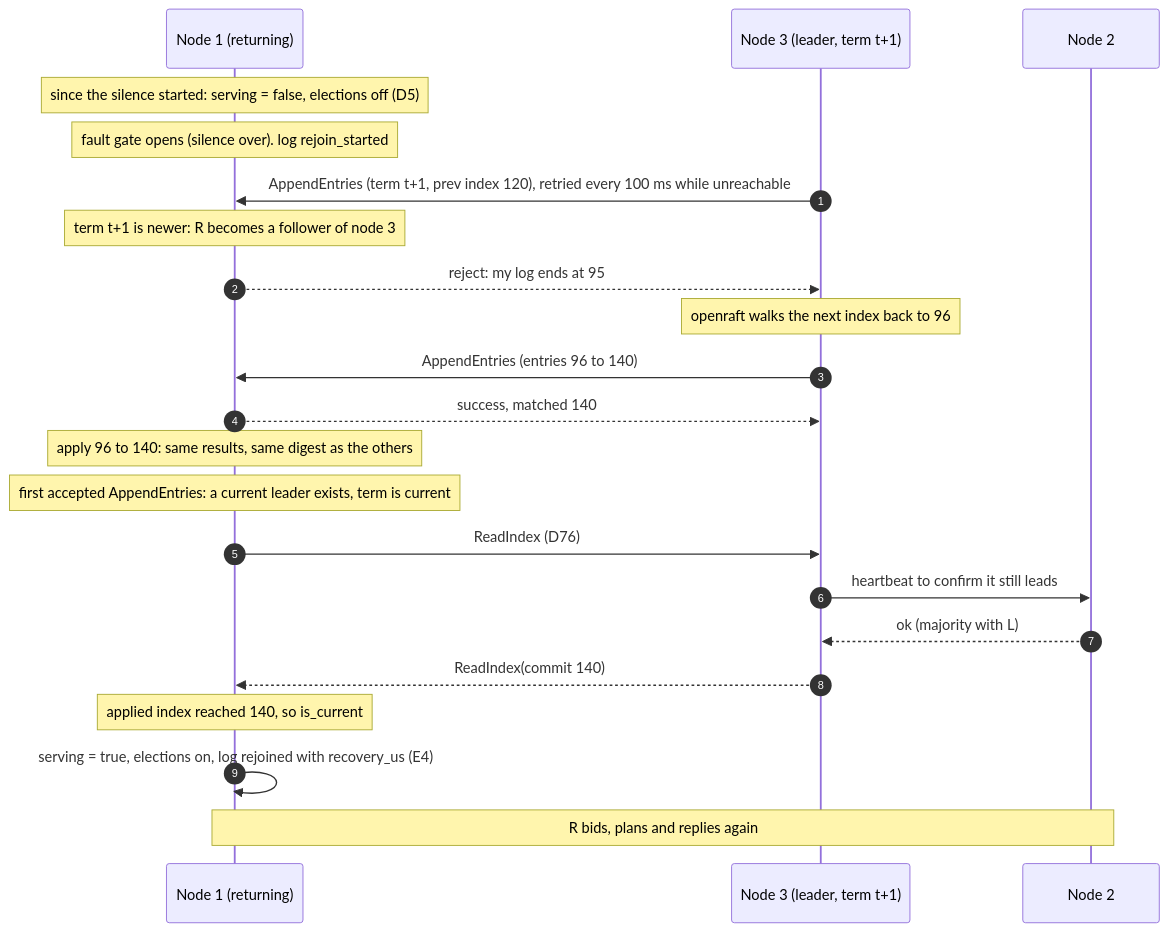
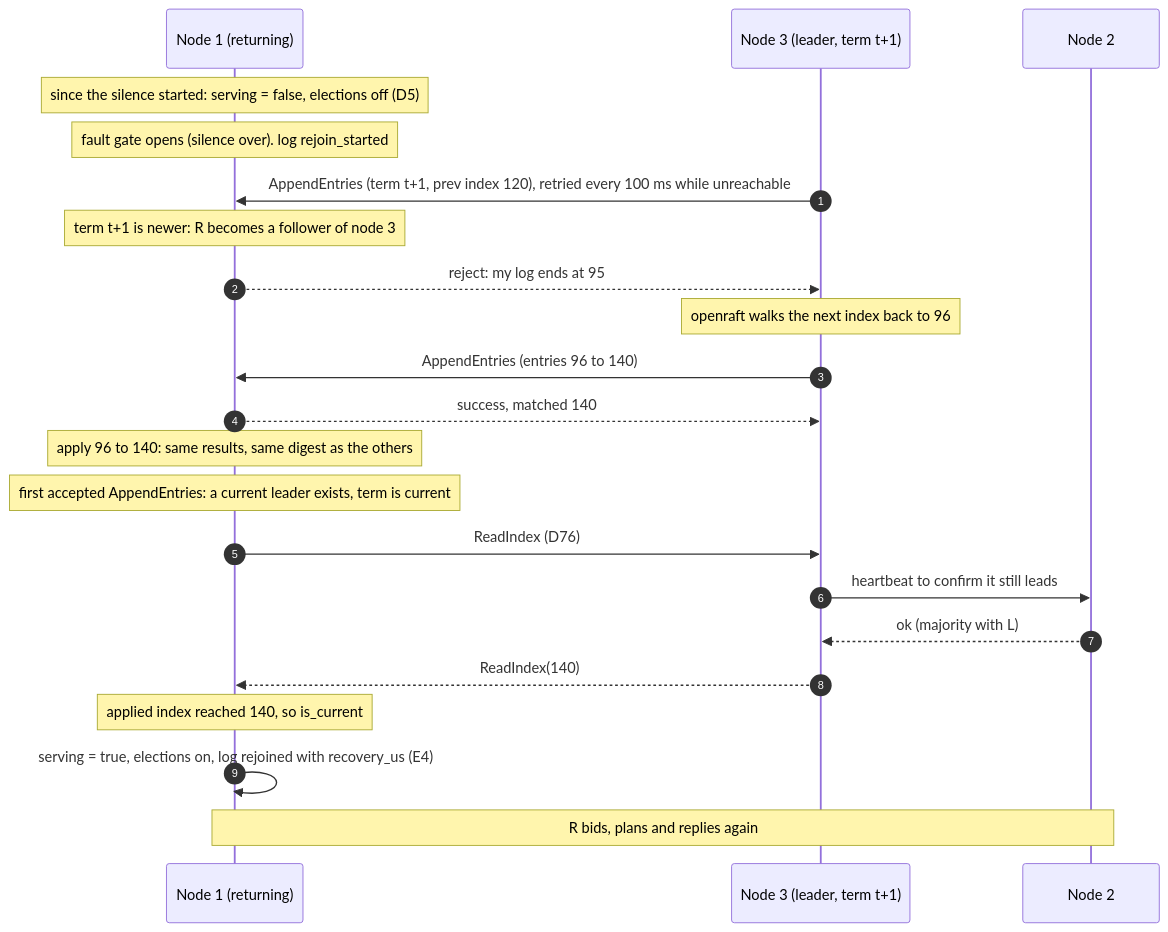
Before and after one commit to noortaytoy1/DistributedSystems: diagram 19 of 43 in docs/architecture.md, drawn with Mermaid. The commit also changed other lines of this file and 7 other files, not shown here.

````diff
--- a/docs/architecture.md
+++ b/docs/architecture.md
@@ -641,24 +803,24 @@
 ```mermaid
 sequenceDiagram
     autonumber
     participant R as Node 1 (returning)
     participant L as Node 3 (leader, term t+1)
     participant N2 as Node 2
     Note over R: since the silence started: serving = false, elections off (D5)
     Note over R: fault gate opens (silence over). log rejoin_started
     L->>R: AppendEntries (term t+1, prev index 120), retried every 100 ms while unreachable
     Note over R: term t+1 is newer: R becomes a follower of node 3
     R-->>L: reject: my log ends at 95
     Note over L: openraft walks the next index back to 96
     L->>R: AppendEntries (entries 96 to 140)
     R-->>L: success, matched 140
     Note over R: apply 96 to 140: same results, same digest as the others
     Note over R: first accepted AppendEntries: a current leader exists, term is current
     R->>L: ReadIndex (D76)
     L->>N2: heartbeat to confirm it still leads
     N2-->>L: ok (majority with L)
-    L-->>R: ReadIndex(commit 140)
+    L-->>R: ReadIndex(140)
     Note over R: applied index reached 140, so is_current
     R->>R: serving = true, elections on, log rejoined with recovery_us (E4)
     Note over R,N2: R bids, plans and replies again
 ```
````
